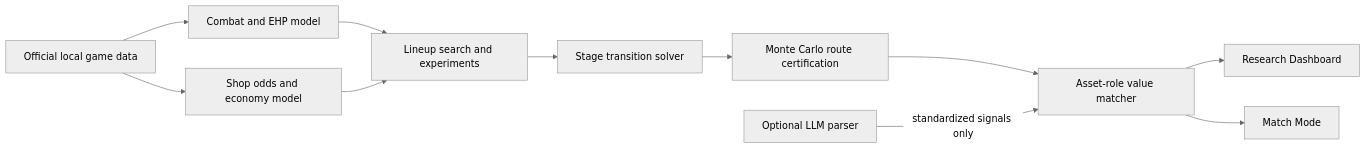
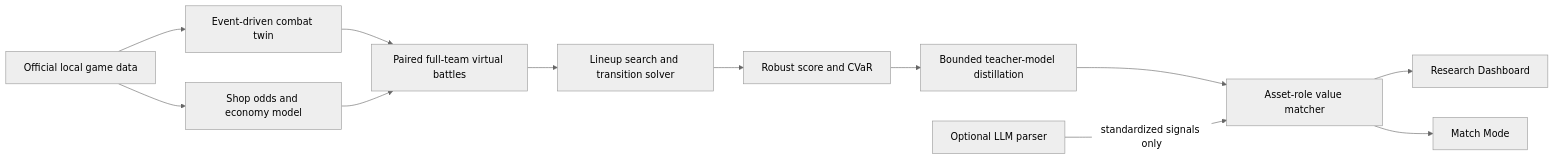
The diagram in README.md (2300969-star/jcc-s18-research-lab), drawn with Mermaid (neutral theme) before and after one commit. The commit also changed other lines of this file and 6 other files, not shown here.

Commit message:
feat: add event-driven virtual battle twin

````diff
--- a/README.md
+++ b/README.md
@@ -45,13 +45,14 @@
 ```mermaid
 flowchart LR
-  A[Official local game data] --> B[Combat and EHP model]
+  A[Official local game data] --> B[Event-driven combat twin]
   A --> C[Shop odds and economy model]
-  B --> D[Lineup search and experiments]
+  B --> D[Paired full-team virtual battles]
   C --> D
-  D --> E[Stage transition solver]
-  E --> F[Monte Carlo route certification]
-  F --> G[Asset-role value matcher]
-  G --> H[Research Dashboard]
-  G --> I[Match Mode]
-  J[Optional LLM parser] -->|standardized signals only| G
+  D --> E[Lineup search and transition solver]
+  E --> F[Robust score and CVaR]
+  F --> G[Bounded teacher-model distillation]
+  G --> K[Asset-role value matcher]
+  K --> H[Research Dashboard]
+  K --> I[Match Mode]
+  J[Optional LLM parser] -->|standardized signals only| K
 ```
````
